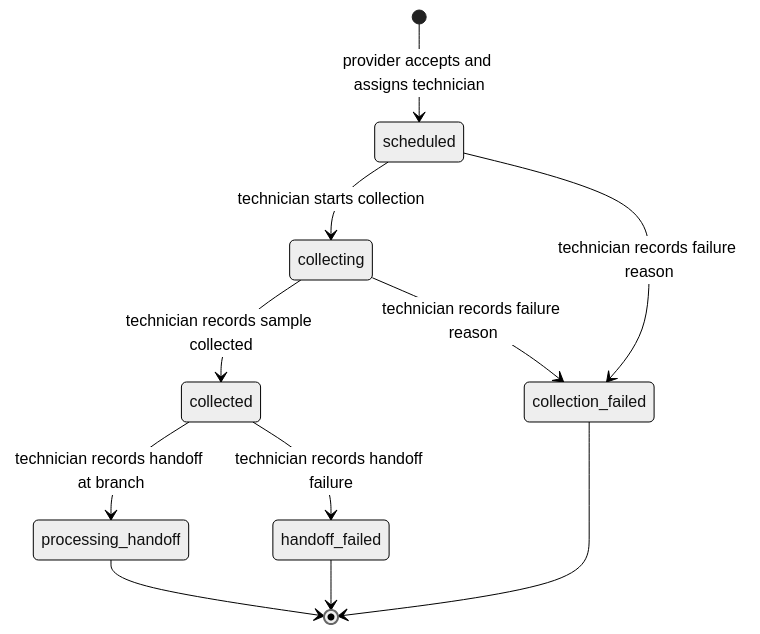
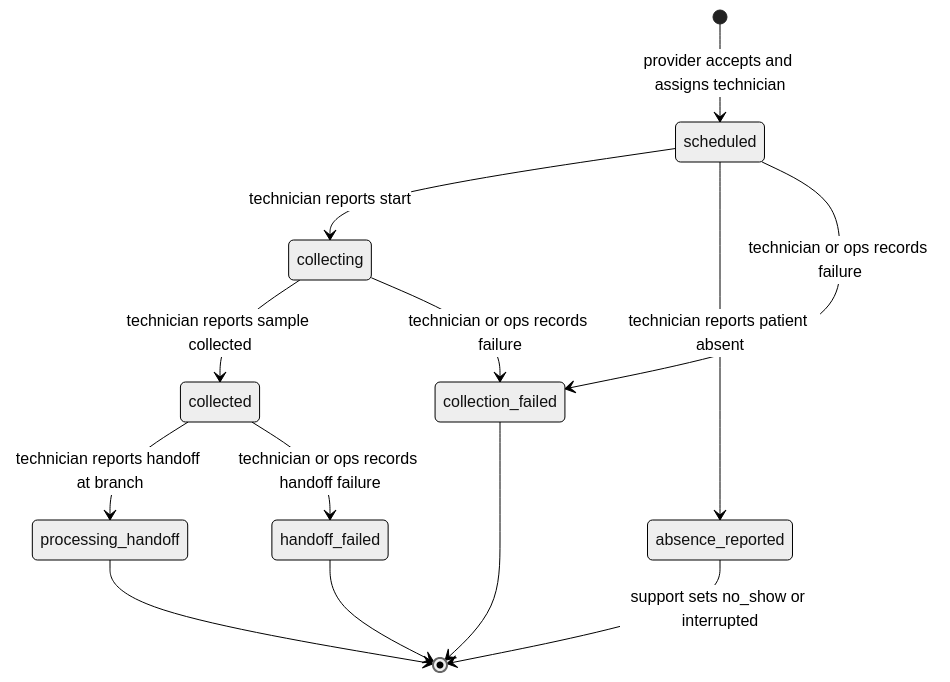
The first of 3 diagrams in docs/S01_DESIGN.md (VishnuVardhan-719/confidentinal_sc), drawn with Mermaid (neutral theme) before and after one commit. The commit also changed other lines of this file, not shown here.

````diff
--- a/docs/S01_DESIGN.md
+++ b/docs/S01_DESIGN.md
@@ -123,15 +218,17 @@
 ```mermaid
 stateDiagram-v2
     accTitle: Lab Collection Operational States
-    accDescr: Lab order substates after acceptance and how they map onto the shared booking states. Completion means sample handed to the branch for processing, never report delivered.
+    accDescr: Lab order substates after acceptance and how they map onto shared booking states. Completion means sample handed to the branch for processing, never report delivered.
     [*] --> scheduled: provider accepts and assigns technician
-    scheduled --> collecting: technician starts collection
-    collecting --> collected: technician records sample collected
-    collected --> processing_handoff: technician records handoff at branch
+    scheduled --> collecting: technician reports start
+    scheduled --> absence_reported: technician reports patient absent
+    collecting --> collected: technician reports sample collected
+    collected --> processing_handoff: technician reports handoff at branch
     processing_handoff --> [*]
-    scheduled --> collection_failed: technician records failure reason
-    collecting --> collection_failed: technician records failure reason
-    collected --> handoff_failed: technician records handoff failure
+    scheduled --> collection_failed: technician or ops records failure
+    collecting --> collection_failed: technician or ops records failure
+    absence_reported --> [*]: support sets no_show or interrupted
+    collected --> handoff_failed: technician or ops records handoff failure
     collection_failed --> [*]
     handoff_failed --> [*]
 ```
````
